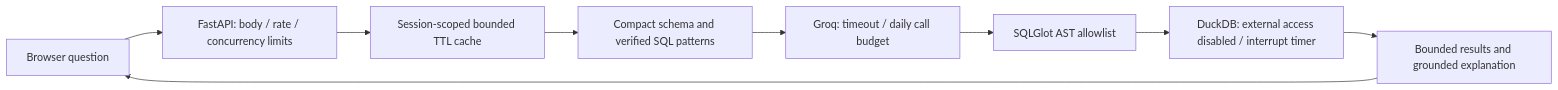
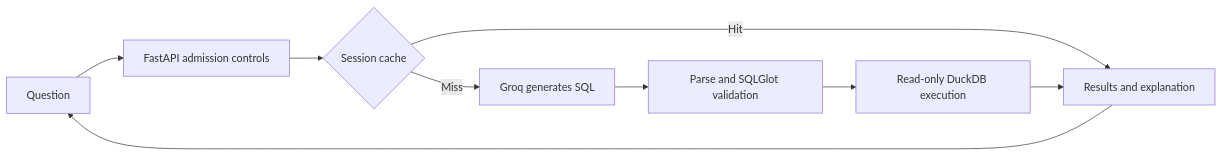
The diagram in README.md (manyakaistha/nl-analytics-query-engine), drawn with Mermaid before and after one commit. The commit also changed other lines of this file and 22 other files, not shown here.

````diff
--- a/README.md
+++ b/README.md
@@ -59,11 +115,11 @@
 ```mermaid
 flowchart LR
-    UI[Browser question] --> API[FastAPI: body / rate / concurrency limits]
-    API --> Cache[Session-scoped bounded TTL cache]
-    Cache --> Prompt[Compact schema and verified SQL patterns]
-    Prompt --> Groq[Groq: timeout / daily call budget]
-    Groq --> Guard[SQLGlot AST allowlist]
-    Guard --> DB[DuckDB: external access disabled / interrupt timer]
-    DB --> Result[Bounded results and grounded explanation]
-    Result --> UI
+    Browser[Question] --> API[FastAPI admission controls]
+    API --> Cache{Session cache}
+    Cache -->|Hit| Answer[Results and explanation]
+    Cache -->|Miss| Groq[Groq generates SQL]
+    Groq --> Guard[Parse and SQLGlot validation]
+    Guard --> DB[Read-only DuckDB execution]
+    DB --> Answer
+    Answer --> Browser
 ```
````
